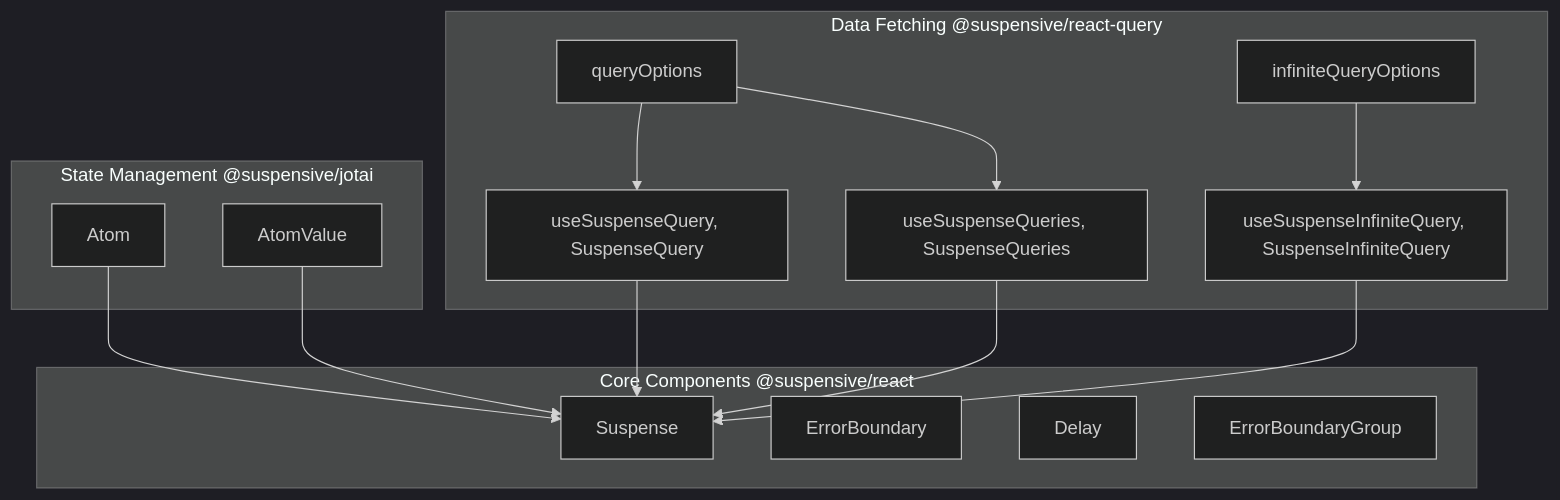
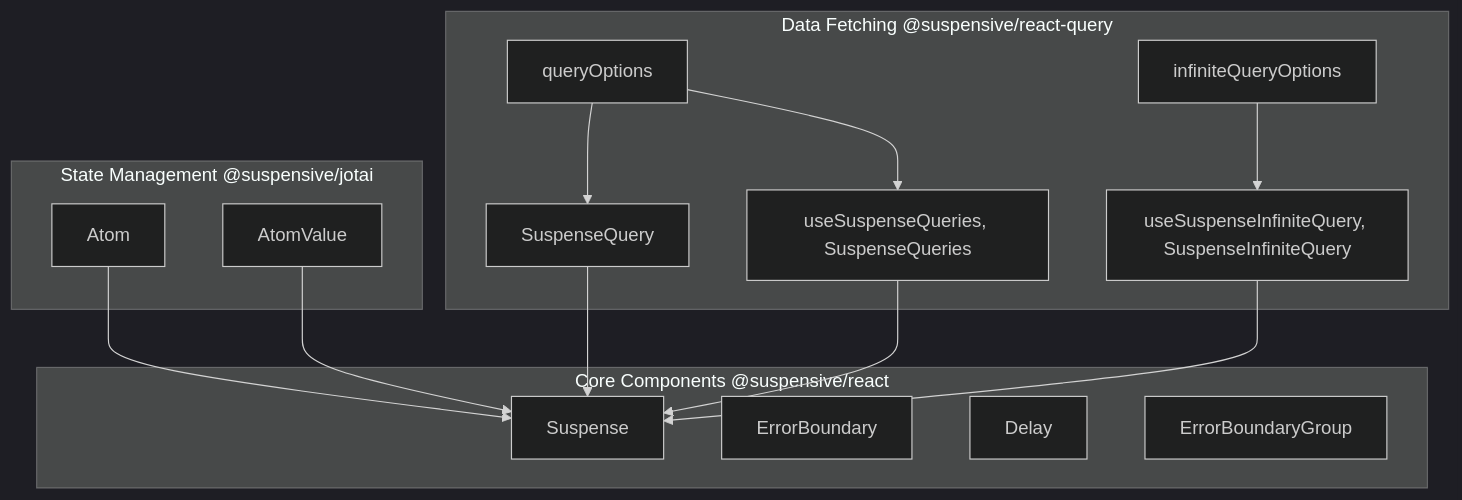
The second of 2 diagrams in docs/suspensive.org/src/content/en/docs/introduction.mdx (toss/suspensive), drawn with Mermaid (dark theme) before and after one commit. The commit also changed other lines of this file and 1 other file, not shown here.

First line of the commit message:
docs: update introduction documentation for @suspensive/react-query

````diff
--- a/docs/suspensive.org/src/content/en/docs/introduction.mdx
+++ b/docs/suspensive.org/src/content/en/docs/introduction.mdx
@@ -89,30 +83,30 @@
 ```mermaid
 graph TD;
 subgraph AA [Data Fetching @suspensive/react-query]
 A[queryOptions];
 B[infiniteQueryOptions];
-C[useSuspenseQuery, SuspenseQuery];
+C[SuspenseQuery];
 D[useSuspenseInfiniteQuery, SuspenseInfiniteQuery];
 E[useSuspenseQueries, SuspenseQueries];
 end
 subgraph BB [State Management @suspensive/jotai]
 F[Atom];
 G[AtomValue];
 end
 subgraph CC [Core Components @suspensive/react]
 H[Suspense];
 I[ErrorBoundary];
 J[Delay];
 K[ErrorBoundaryGroup];
 end
 
 C --> H;
 D --> H;
 E --> H;
 F --> H;
 G --> H;
 
 A --> C;
 A --> E;
 B --> D;
 ```
````
